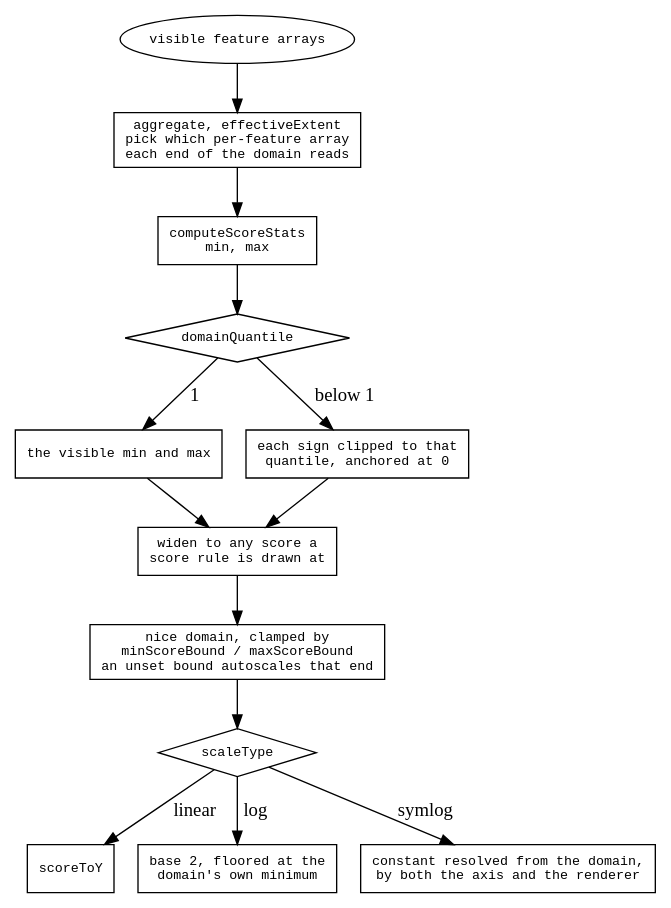
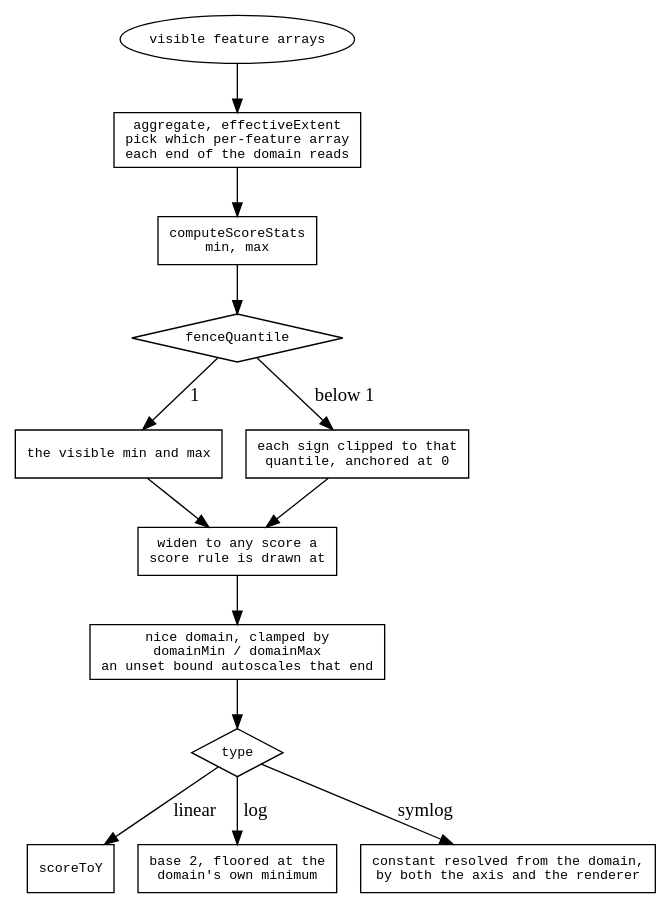
One commit to GMOD/jbrowse-components changed the diagram in agent-docs/reference/diagrams/wiggle-domain.dot. Above: the diagram before and after it, drawn with Graphviz. The commit also changed 8 other files, not shown here.

```diff
--- a/agent-docs/reference/diagrams/wiggle-domain.dot
+++ b/agent-docs/reference/diagrams/wiggle-domain.dot
@@ -1,30 +1,30 @@
 digraph wiggle_domain {
   rankdir=TB
   node [shape=box fontname=monospace fontsize=10]
   { node [shape=diamond] auto; scale }
 
   vis   [label="visible feature arrays", shape=oval]
   mode  [label="aggregate, effectiveExtent\npick which per-feature array\neach end of the domain reads"]
   stats [label="computeScoreStats\nmin, max"]
   vis -> mode -> stats -> auto
 
-  auto [label="domainQuantile"]
+  auto [label="fenceQuantile"]
   auto -> local   [label=" 1"]
   auto -> pct     [label=" below 1"]
   local [label="the visible min and max"]
   pct   [label="each sign clipped to that\nquantile, anchored at 0"]
 
   rules [label="widen to any score a\nscore rule is drawn at"]
   local -> rules  pct -> rules
 
-  bounds [label="nice domain, clamped by\nminScoreBound / maxScoreBound\nan unset bound autoscales that end"]
+  bounds [label="nice domain, clamped by\ndomainMin / domainMax\nan unset bound autoscales that end"]
   rules -> bounds -> scale
 
-  scale [label="scaleType"]
+  scale [label="type"]
   scale -> lin [label=" linear"]
   scale -> log [label=" log"]
   scale -> sym [label=" symlog"]
   lin [label="scoreToY"]
   log [label="base 2, floored at the\ndomain's own minimum"]
   sym [label="constant resolved from the domain,\nby both the axis and the renderer"]
 }
```
